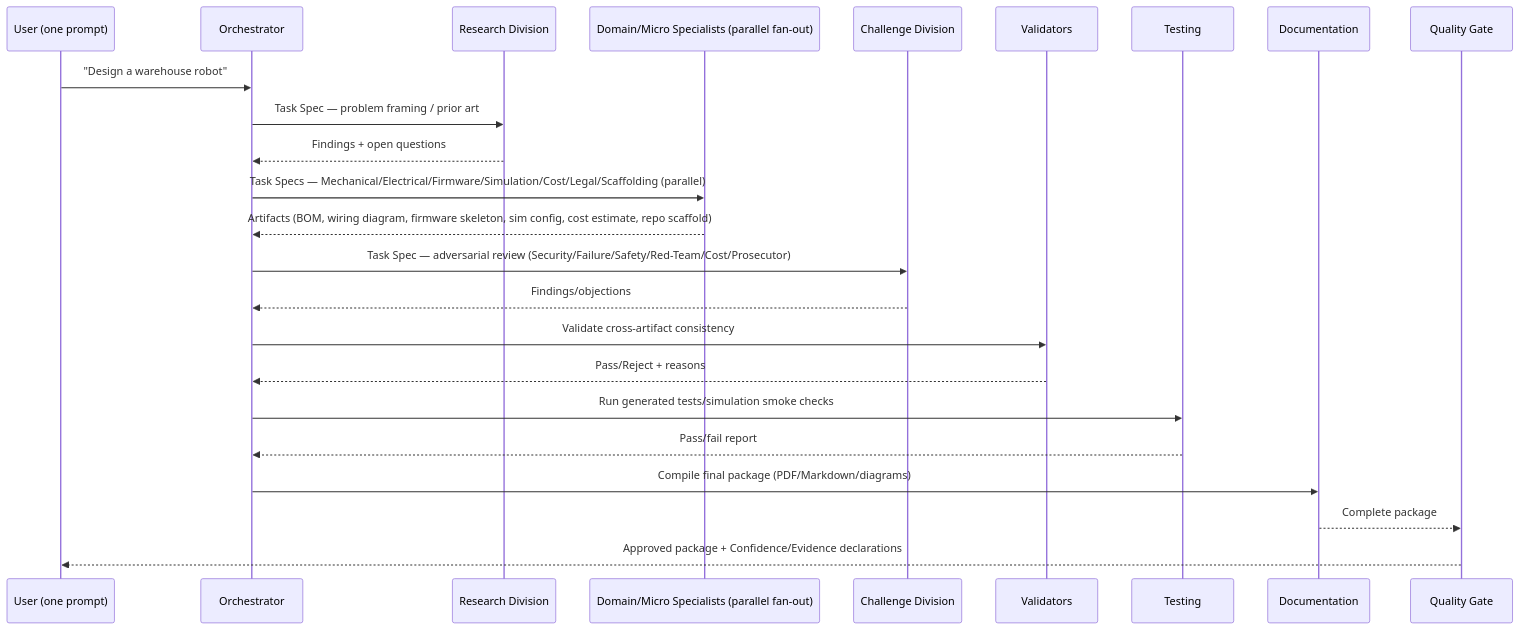
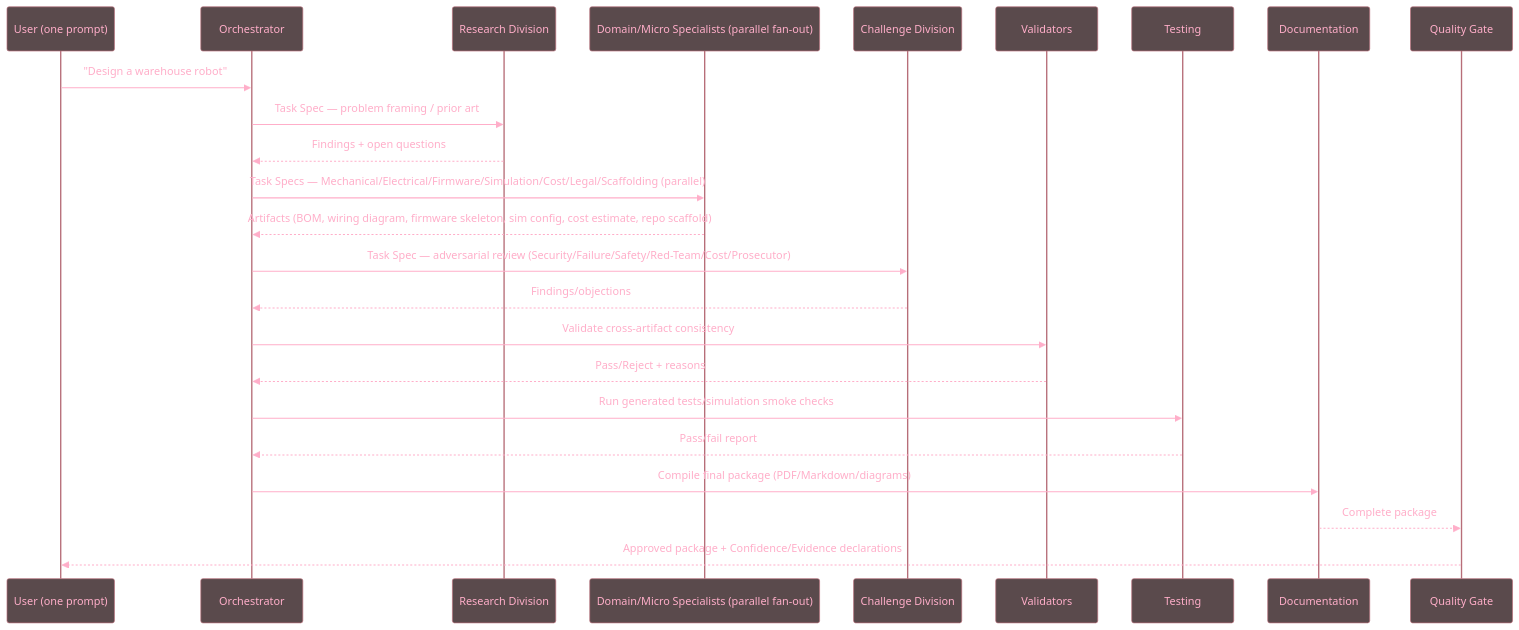
One commit to psi16181918161phi/engineering-studio-ai changed the diagram in docs/VISION_AMD_LABLAB_HACKATHON_ENGINEERING_STUDIO.md. Above: the diagram before and after it, drawn with Mermaid. The commit also changed other lines of this file and 4 other files, not shown here.

Commit message:
fix(docs): update Mermaid diagrams to Variant B theming and bump version numbers in documentation

````diff
--- a/docs/VISION_AMD_LABLAB_HACKATHON_ENGINEERING_STUDIO.md
+++ b/docs/VISION_AMD_LABLAB_HACKATHON_ENGINEERING_STUDIO.md
@@ -101,27 +106,46 @@
 ```mermaid
+%%{init: {'theme': 'base', 'themeVariables': {
+  'background': '#000000',
+  'actorBkg': '#5A4A4C',
+  'actorBorder': '#B76E79',
+  'actorTextColor': '#FFAEC9',
+  'actorLineColor': '#B76E79',
+  'signalColor': '#FFAEC9',
+  'signalTextColor': '#FFAEC9',
+  'labelBoxBkgColor': '#5A4A4C',
+  'labelBoxBorderColor': '#B76E79',
+  'labelTextColor': '#FFC7DA',
+  'loopTextColor': '#FFAEC9',
+  'noteBkgColor': '#5A4A4C',
+  'noteTextColor': '#FFC7DA',
+  'noteBorderColor': '#B76E79',
+  'activationBorderColor': '#B76E79',
+  'activationBkgColor': '#5A4A4C',
+  'sequenceNumberColor': '#000000'
+}}}%%
 sequenceDiagram
     participant U as User (one prompt)
     participant O as Orchestrator
     participant R as Research Division
     participant S as Domain/Micro Specialists (parallel fan-out)
     participant C as Challenge Division
     participant V as Validators
     participant T as Testing
     participant D as Documentation
     participant Q as Quality Gate
 
     U->>O: "Design a warehouse robot"
     O->>R: Task Spec — problem framing / prior art
     R-->>O: Findings + open questions
     O->>S: Task Specs — Mechanical/Electrical/Firmware/Simulation/Cost/Legal/Scaffolding (parallel)
     S-->>O: Artifacts (BOM, wiring diagram, firmware skeleton, sim config, cost estimate, repo scaffold)
     O->>C: Task Spec — adversarial review (Security/Failure/Safety/Red-Team/Cost/Prosecutor)
     C-->>O: Findings/objections
     O->>V: Validate cross-artifact consistency
     V-->>O: Pass/Reject + reasons
     O->>T: Run generated tests/simulation smoke checks
     T-->>O: Pass/fail report
     O->>D: Compile final package (PDF/Markdown/diagrams)
     D-->>Q: Complete package
     Q-->>U: Approved package + Confidence/Evidence declarations
 ```
````
